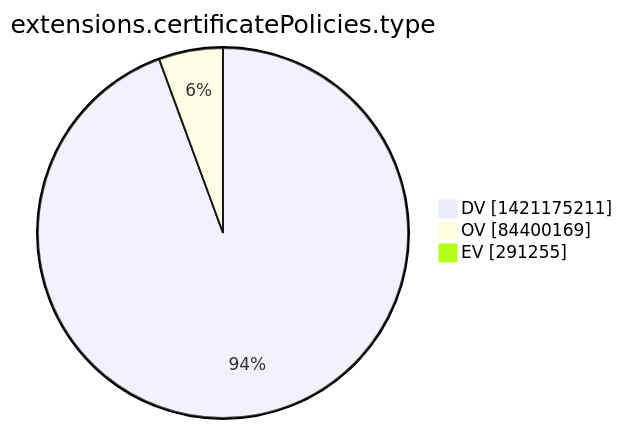
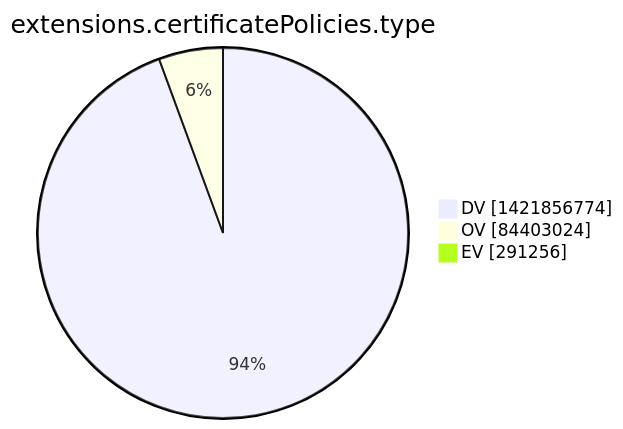
The tenth of 15 diagrams in argon2022/README.md (christiankrug/ctmonitor_visualization), drawn with Mermaid before and after one commit. The commit also changed other lines of this file, not shown here.

````diff
--- a/argon2022/README.md
+++ b/argon2022/README.md
@@ -2773,7 +2773,7 @@
 ```mermaid
 pie showData
 title extensions.certificatePolicies.type
-"DV" :1421175211
-"OV" :84400169
-"EV" :291255
+"DV" :1421856774
+"OV" :84403024
+"EV" :291256
 ```
````
